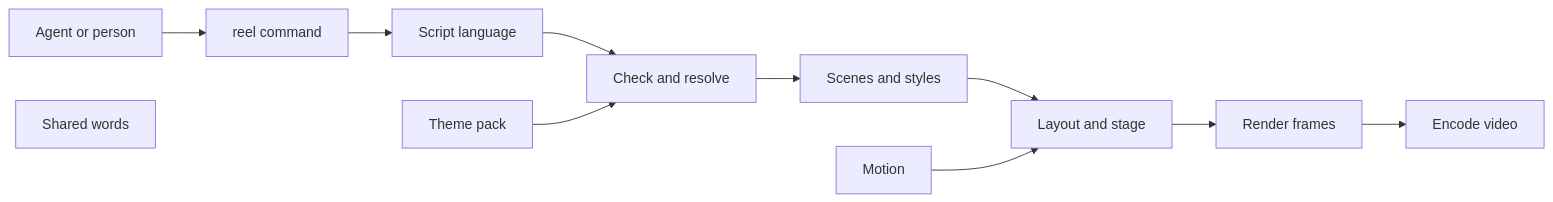
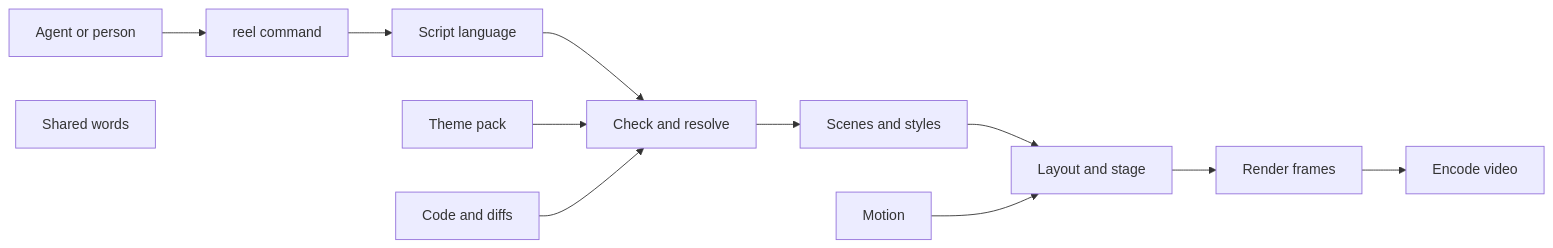
The diagram in docs/state/README.md (nessalabs/nessa-video), drawn with Mermaid before and after one commit. The commit also changed other lines of this file and 31 other files, not shown here.

````diff
--- a/docs/state/README.md
+++ b/docs/state/README.md
@@ -34,13 +35,14 @@
 ```mermaid
 flowchart LR
     Agent[Agent or person] --> CLI[reel command]
     CLI --> Script[Script language]
     Script --> Resolve[Check and resolve]
     Theme[Theme pack] --> Resolve
+    Code[Code and diffs] --> Resolve
     Resolve --> Composition[Scenes and styles]
     Composition --> Stage[Layout and stage]
     Motion[Motion] --> Stage
     Stage --> Render[Render frames]
     Render --> Encode[Encode video]
     Words[Shared words]
 ```
````
